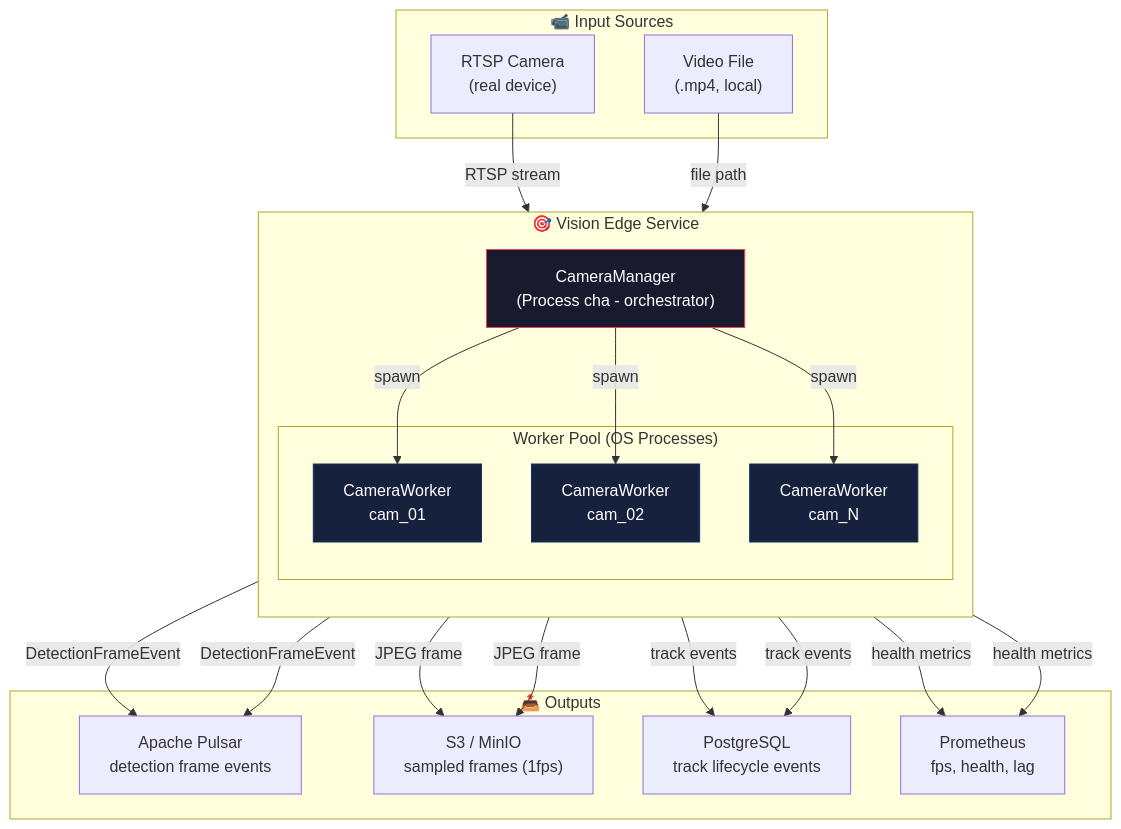
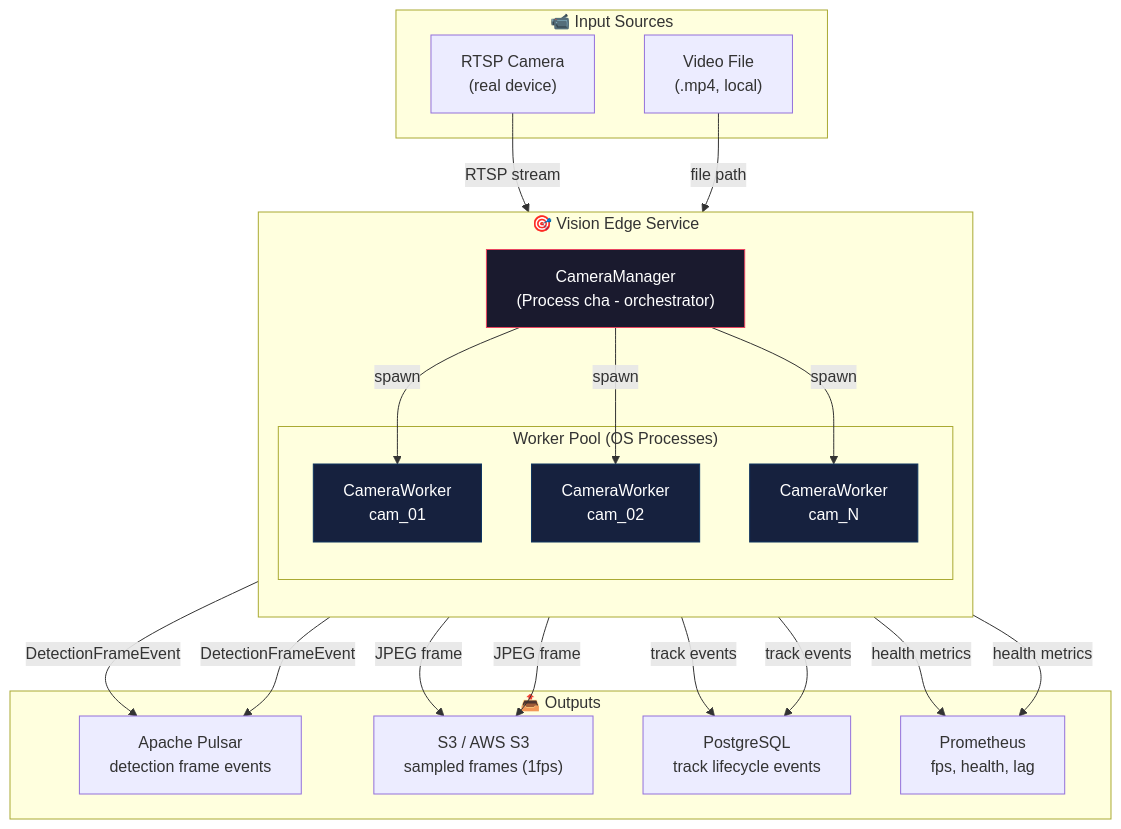
The first of 2 diagrams in docs/mermaid/01_vison/00_vision_overview.md (hungfnguyen/retail-video-analytics), drawn with Mermaid before and after one commit. The commit also changed other lines of this file and 22 other files, not shown here.

Commit message:
docs(storage): update s3 architecture references

````diff
--- a/docs/mermaid/01_vison/00_vision_overview.md
+++ b/docs/mermaid/01_vison/00_vision_overview.md
@@ -5,45 +5,45 @@
 ```mermaid
 flowchart TB
     subgraph Sources["📹 Input Sources"]
         RTSP["RTSP Camera\n(real device)"]
         VideoFile["Video File\n(.mp4, local)"]
     end
 
     subgraph VisionService["🎯 Vision Edge Service"]
         direction TB
         CM["CameraManager\n(Process cha - orchestrator)"]
 
         subgraph Workers["Worker Pool (OS Processes)"]
             CW1["CameraWorker\ncam_01"]
             CW2["CameraWorker\ncam_02"]
             CWN["CameraWorker\ncam_N"]
         end
 
         CM -->|"spawn"| CW1
         CM -->|"spawn"| CW2
         CM -->|"spawn"| CWN
     end
 
     subgraph Outputs["📤 Outputs"]
         Pulsar["Apache Pulsar\ndetection frame events"]
-        S3["S3 / MinIO\nsampled frames (1fps)"]
+        S3["S3 / AWS S3\nsampled frames (1fps)"]
         PG["PostgreSQL\ntrack lifecycle events"]
         Metrics["Prometheus\nfps, health, lag"]
     end
 
     RTSP -->|"RTSP stream"| CW1
     VideoFile -->|"file path"| CW2
     CW1 -->|"DetectionFrameEvent"| Pulsar
     CW1 -->|"JPEG frame"| S3
     CW1 -->|"track events"| PG
     CW1 -->|"health metrics"| Metrics
     CW2 -->|"DetectionFrameEvent"| Pulsar
     CW2 -->|"JPEG frame"| S3
     CW2 -->|"track events"| PG
     CW2 -->|"health metrics"| Metrics
 
     style CM fill:#1a1a2e,stroke:#e94560,color:#fff
     style CW1 fill:#16213e,stroke:#0f3460,color:#fff
     style CW2 fill:#16213e,stroke:#0f3460,color:#fff
     style CWN fill:#16213e,stroke:#0f3460,color:#fff
 ```
````
